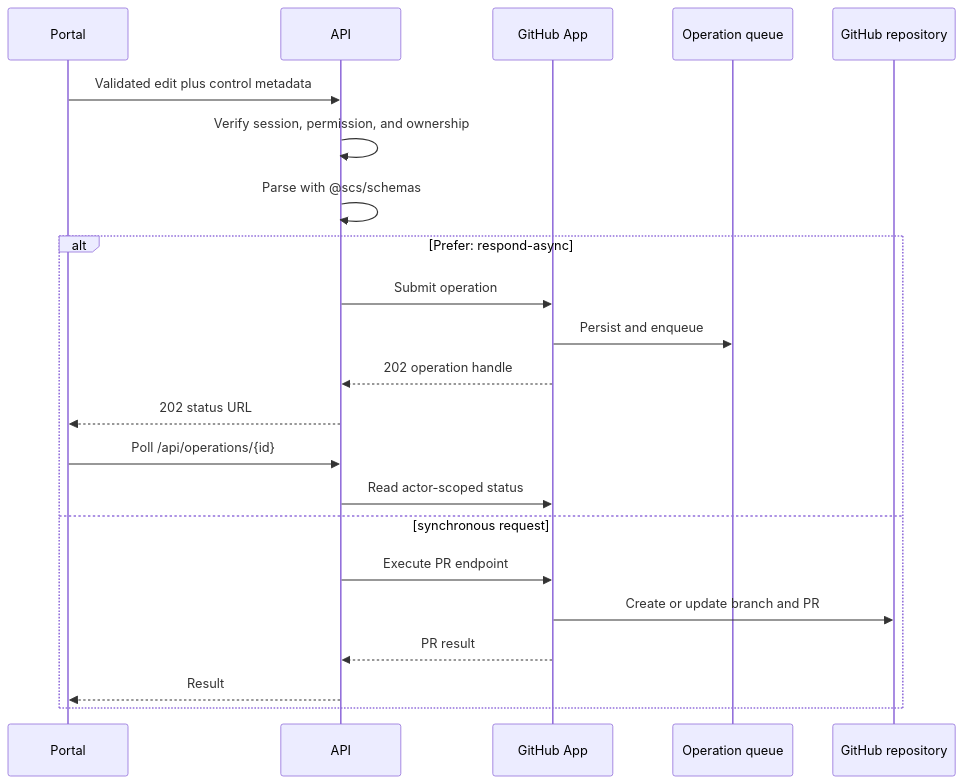
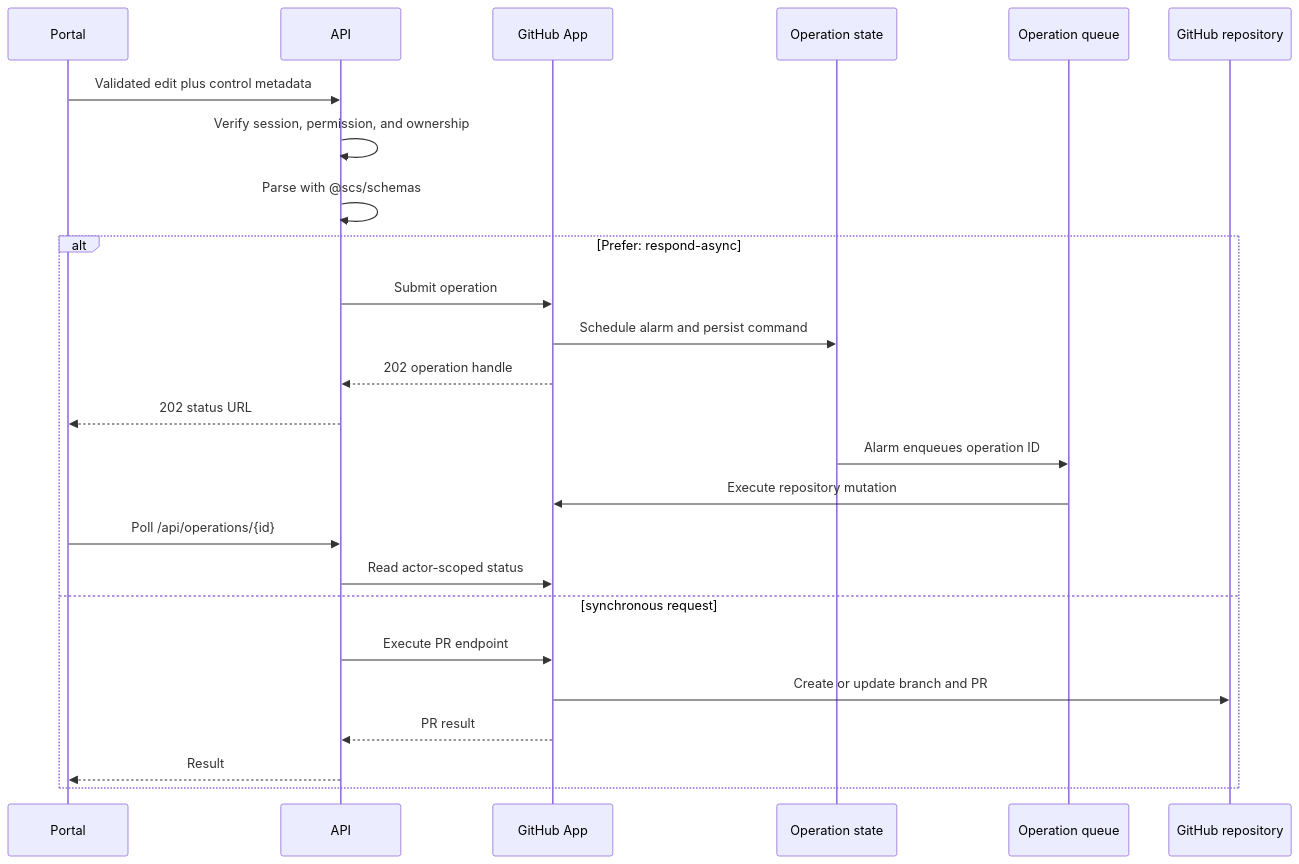
One commit to shamilaw-sci/CSC3213_20_Group_B changed the diagram in docs/SERVICES/API/PUBLIC_DATA_MUTATIONS.md. Above: the diagram before and after it, drawn with Mermaid. The commit also changed other lines of this file and 21 other files, not shown here.

````diff
--- a/docs/SERVICES/API/PUBLIC_DATA_MUTATIONS.md
+++ b/docs/SERVICES/API/PUBLIC_DATA_MUTATIONS.md
@@ -15,25 +15,28 @@
 ```mermaid
 sequenceDiagram
   participant P as Portal
   participant A as API
   participant J as GitHub App
+  participant S as Operation state
   participant Q as Operation queue
   participant G as GitHub repository
 
   P->>A: Validated edit plus control metadata
   A->>A: Verify session, permission, and ownership
   A->>A: Parse with @scs/schemas
   alt Prefer: respond-async
     A->>J: Submit operation
-    J->>Q: Persist and enqueue
+    J->>S: Schedule alarm and persist command
     J-->>A: 202 operation handle
     A-->>P: 202 status URL
+    S->>Q: Alarm enqueues operation ID
+    Q->>J: Execute repository mutation
     P->>A: Poll /api/operations/{id}
     A->>J: Read actor-scoped status
   else synchronous request
     A->>J: Execute PR endpoint
     J->>G: Create or update branch and PR
     J-->>A: PR result
     A-->>P: Result
   end
 ```
````
